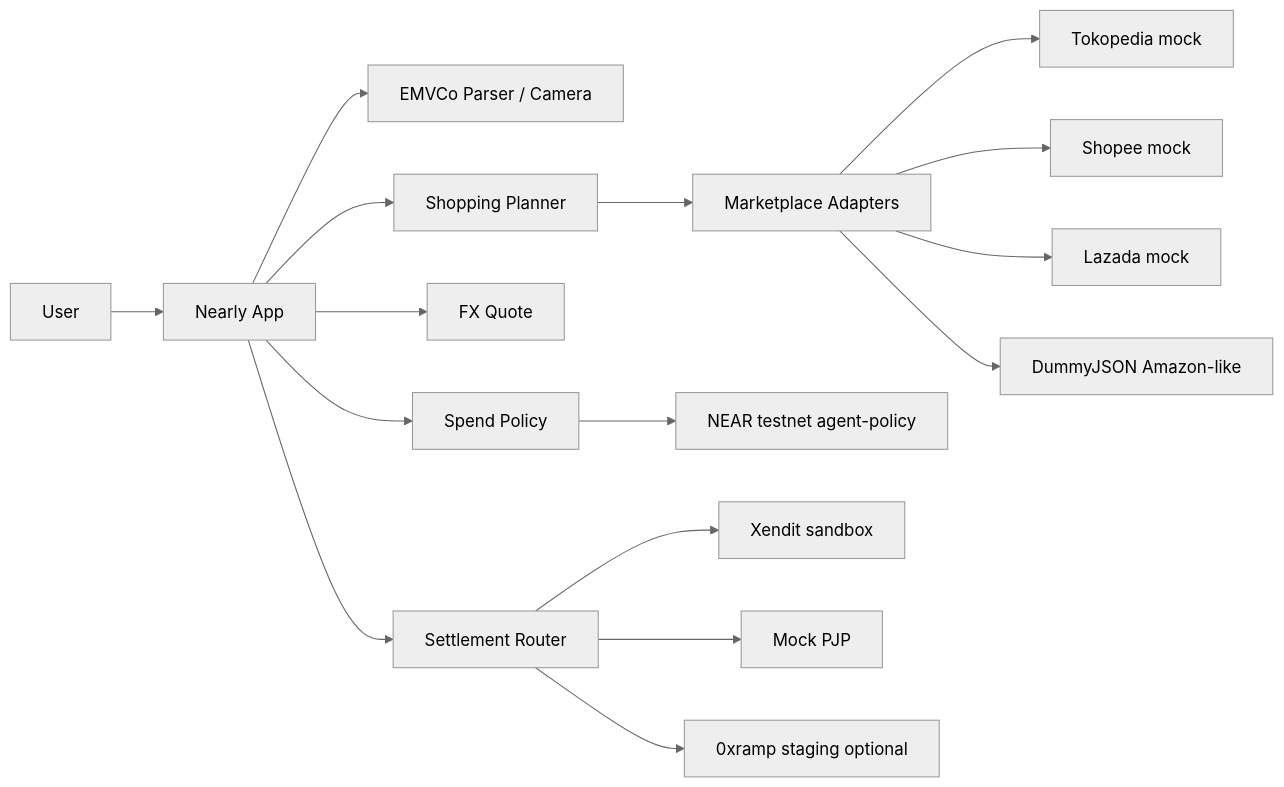
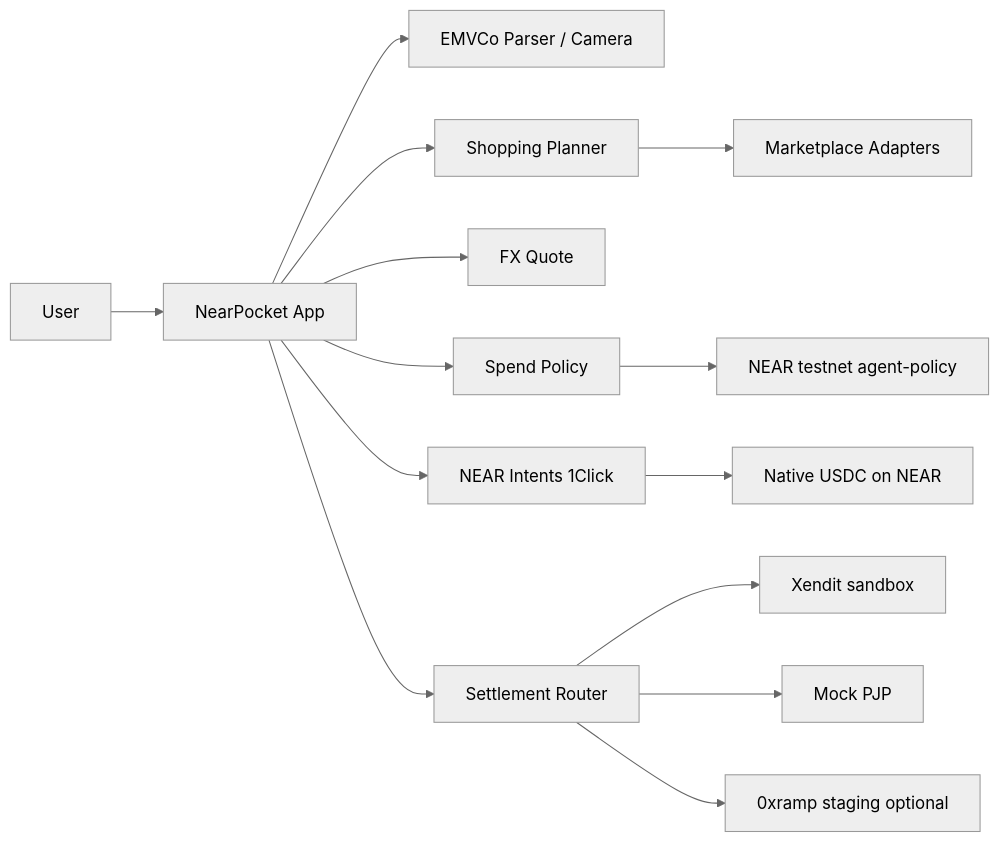
Before and after one commit to mozoraID/nearpocket: the diagram in README.md, drawn with Mermaid (neutral theme). The commit also changed other lines of this file and 18 other files, not shown here.

First line of the commit message:
rebrand to NearPocket: Meteor wallet, real Intents 1Click quotes

````diff
--- a/README.md
+++ b/README.md
@@ -31,18 +31,16 @@
 ```mermaid
 flowchart LR
-  User --> App[Nearly App]
+  User --> App[NearPocket App]
   App --> QR[EMVCo Parser / Camera]
   App --> Plans[Shopping Planner]
   Plans --> MP[Marketplace Adapters]
-  MP --> TP[Tokopedia mock]
-  MP --> SP[Shopee mock]
-  MP --> LZ[Lazada mock]
-  MP --> AM[DummyJSON Amazon-like]
   App --> FX[FX Quote]
   App --> Policy[Spend Policy]
   Policy --> Chain[NEAR testnet agent-policy]
+  App --> Intents[NEAR Intents 1Click]
+  Intents --> USDC[Native USDC on NEAR]
   App --> Settle[Settlement Router]
   Settle --> Xendit[Xendit sandbox]
   Settle --> Mock[Mock PJP]
   Settle --> ZX[0xramp staging optional]
 ```
````
